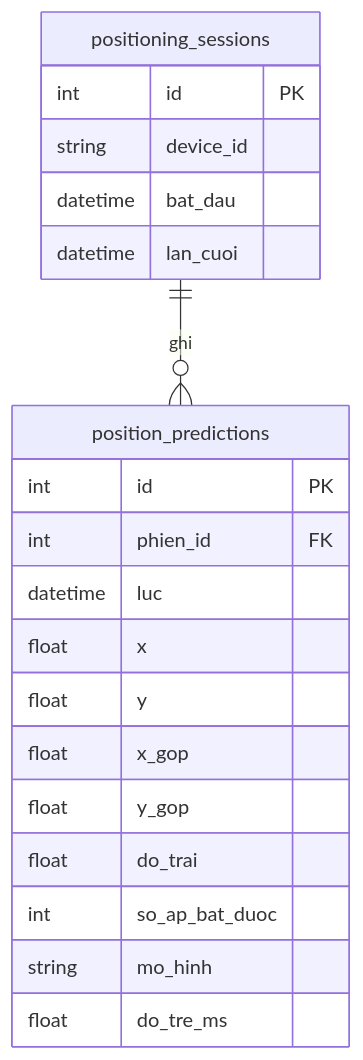
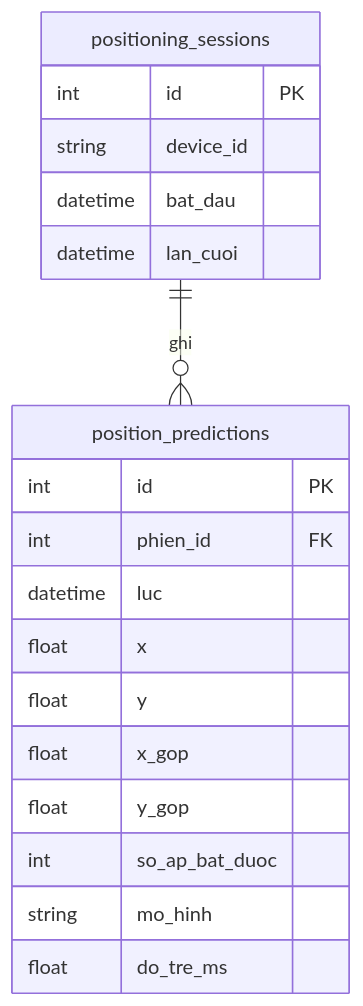
Before and after one commit to DoAnTotNghiep-Indoor/Indoor_Positoning_System-DATN: the third of 3 diagrams in docs/thiet_ke_he_thong.md, drawn with Mermaid. The commit also changed other lines of this file and 19 other files, not shown here.

````diff
--- a/docs/thiet_ke_he_thong.md
+++ b/docs/thiet_ke_he_thong.md
@@ -216,23 +209,22 @@
 ```mermaid
 erDiagram
   positioning_sessions ||--o{ position_predictions : ghi
   positioning_sessions {
     int id PK
     string device_id
     datetime bat_dau
     datetime lan_cuoi
   }
   position_predictions {
     int id PK
     int phien_id FK
     datetime luc
     float x
     float y
     float x_gop
     float y_gop
-    float do_trai
     int so_ap_bat_duoc
     string mo_hinh
     float do_tre_ms
   }
 ```
````
